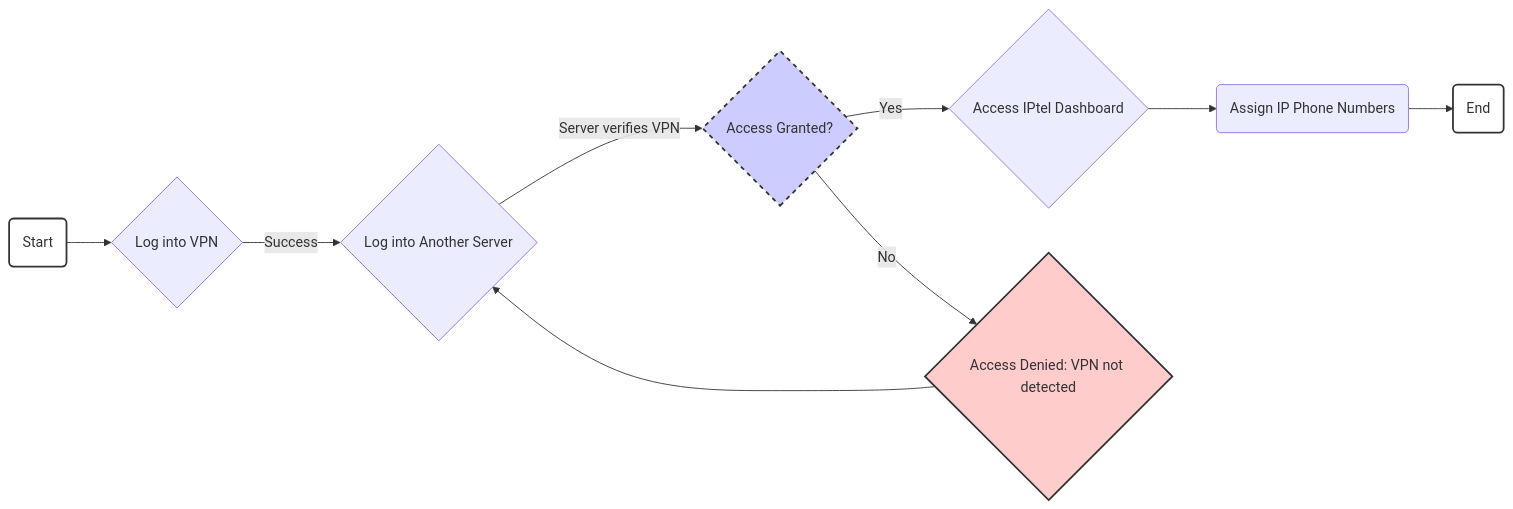
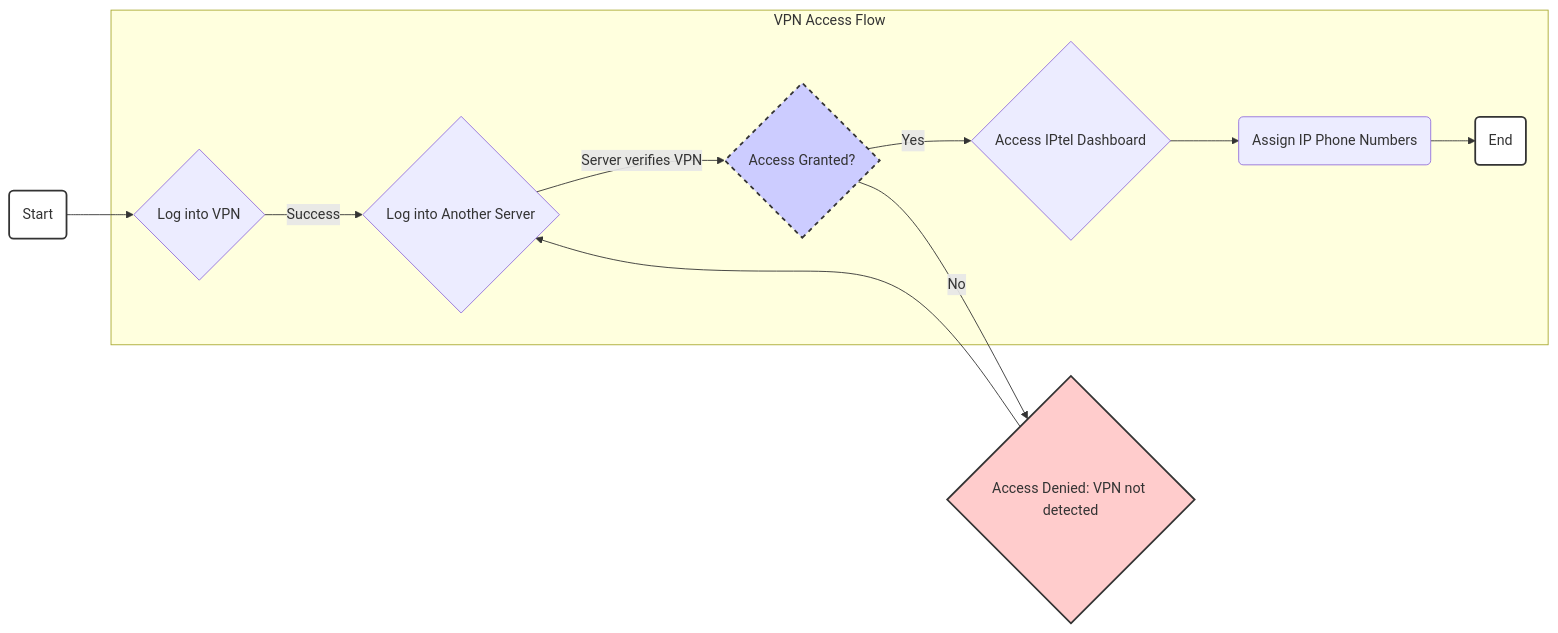
One commit to kairin/mermaid changed the diagram in iptel.md. Above: the diagram before and after it, drawn with Mermaid.

````diff
--- a/iptel.md
+++ b/iptel.md
@@ -1,18 +1,22 @@
 ```mermaid
 
 graph LR
     A(Start) --> B{Log into VPN};
+
+subgraph VPN Access Flow
     B -- Success --> C{Log into Another Server};
     C -- Server verifies VPN --> D{Access Granted?};
     D -- Yes --> E{Access IPtel Dashboard};
     E --> F(Assign IP Phone Numbers);
     F --> G(End);
+ %% If there are more steps between login and access granted, add them here
+  end
     D -- No --> H{Access Denied: VPN not detected};
     H --> C;
     style A fill:#fff,stroke:#333,stroke-width:2px
     style G fill:#fff,stroke:#333,stroke-width:2px
     style D fill:#ccf,stroke:#333,stroke-width:2px,stroke-dasharray: 5 5
     style H fill:#fcc,stroke:#333,stroke-width:2px
 
 
 ```
````
